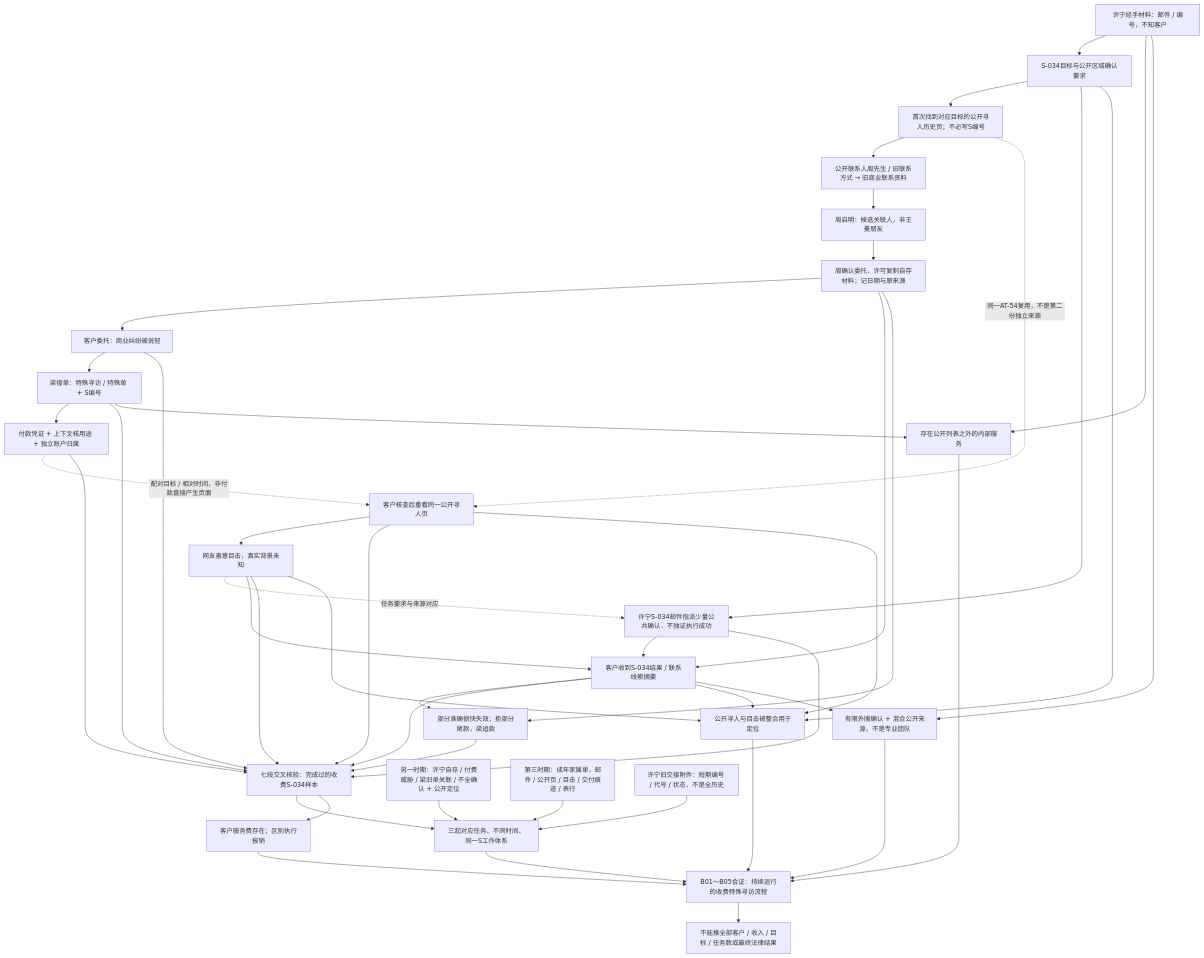
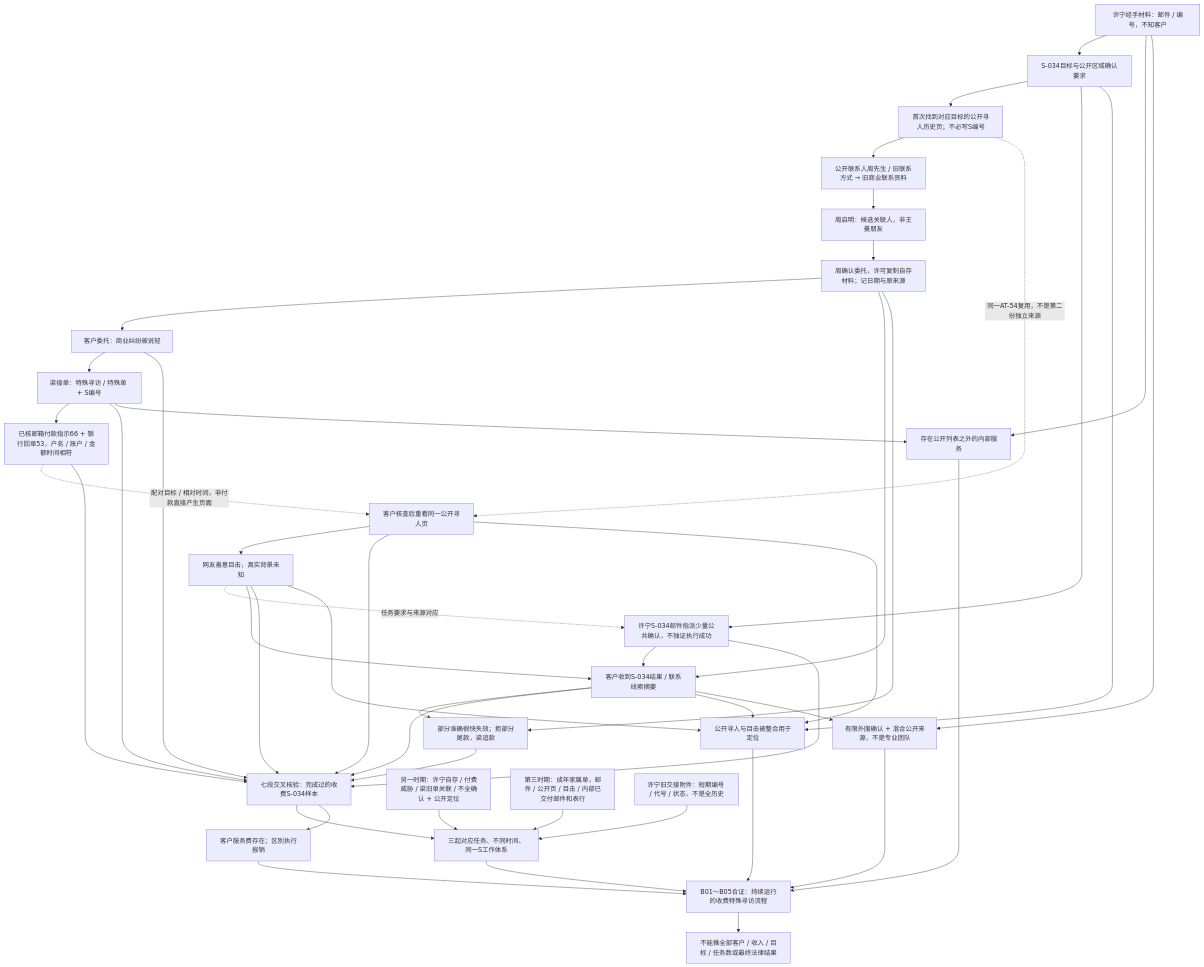
The fifth of 6 diagrams in docs/cases/case-01-missing-person/information-dependency-map.md (volcano-77/last-seen-online), drawn with Mermaid before and after one commit. The commit also changed other lines of this file and 5 other files, not shown here.

````diff
--- a/docs/cases/case-01-missing-person/information-dependency-map.md
+++ b/docs/cases/case-01-missing-person/information-dependency-map.md
@@ -318,49 +319,49 @@
 ```mermaid
 flowchart TD
   xu["许宁经手材料：邮件 / 编号，不知客户"] --> task["S-034目标与公开区域确认要求"]
   task --> candidate["首次找到对应目标的公开寻人历史页；不必写S编号"]
   candidate --> trail["公开联系人周先生 / 旧联系方式 → 旧商业联系资料"]
   trail --> zhou["周启明：候选关联人，非王曼朋友"]
   zhou --> provided["周确认委托，许可复制自存材料；记日期与原来源"]
   provided --> request["客户委托：商业纠纷被说轻"]
   request --> accept["梁接单：特殊寻访 / 特殊单 + S编号"]
-  accept --> payment["付款凭证 + 上下文核用途 + 独立账户归属"]
+  accept --> payment["已核邮箱付款指示66 + 银行回单53，户名 / 账户 / 金额时间相符"]
   payment -. "配对目标 / 相对时间，非付款直接产生页面" .-> public["客户核查后重看同一公开寻人页"]
   candidate -. "同一AT-54复用，不是第二份独立来源" .-> public
   public --> sightings["网友善意目击，真实背景未知"]
   sightings -. "任务要求与来源对应" .-> field["许宁S-034邮件指派少量公共确认，不独证执行成功"]
   task --> field
   sightings --> result["客户收到S-034结果 / 联系线索摘要"]
   field --> result
   provided --> result
   result --> dispute["部分准确很快失效；拒部分尾款，梁追款"]
   provided --> dispute
   request --> complete["七段交叉核验：完成过的收费S-034样本"]
   accept --> complete
   payment --> complete
   public --> complete
   sightings --> complete
   field --> complete
   result --> complete
   dispute --> complete
 
   old["另一时期：许宁自存 / 付费威胁 / 梁旧单关联 / 不全确认 + 公开定位"] --> repeated["三起对应任务、不同时间、同一S工作体系"]
-  other["第三时期：成年家属单，邮件 / 公开页 / 目击 / 交付痕迹 / 表行"] --> repeated
+  other["第三时期：成年家属单，邮件 / 公开页 / 目击 / 内部已交付邮件和表行"] --> repeated
   complete --> repeated
   table["许宁旧交接附件：短期编号 / 代号 / 状态，不是全历史"] --> repeated
   complete --> service["客户服务费存在；区别执行报销"]
   accept --> outside["存在公开列表之外的内部服务"]
   xu --> outside
   result --> crowd["公开寻人与目击被整合用于定位"]
   public --> crowd
   sightings --> crowd
   task --> crowd
   xu --> limited["有限外围确认 + 混合公开来源，不是专业团队"]
   result --> limited
   outside --> final["B01～B05合证：持续运行的收费特殊寻访流程"]
   service --> final
   crowd --> final
   limited --> final
   repeated --> final
   final --> boundary["不能推全部客户 / 收入 / 目标 / 任务数或最终法律结果"]
 ```
````
